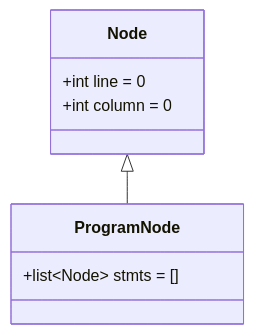
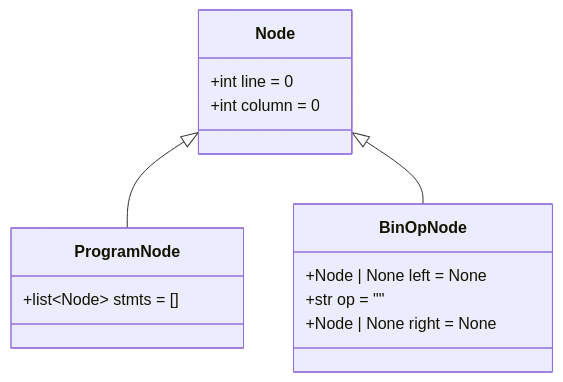
Before and after one commit to code-silva/COMPILADORES-EQUIPE-03: the first of 4 diagrams in docs/parser/ast.md, drawn with Mermaid. The commit also changed other lines of this file and 3 other files, not shown here.

Commit message:
feat: adiciona nó BinOpNode da AST para expressões binárias (#23)

````diff
--- a/docs/parser/ast.md
+++ b/docs/parser/ast.md
@@ -13,11 +13,17 @@
 ```mermaid
 classDiagram
     class Node {
         +int line = 0
         +int column = 0
     }
     class ProgramNode {
         +list~Node~ stmts = []
     }
+    class BinOpNode {
+        +Node | None left = None
+        +str op = ""
+        +Node | None right = None
+    }
     Node <|-- ProgramNode
+    Node <|-- BinOpNode
 ```
````
